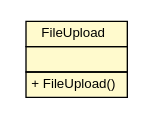
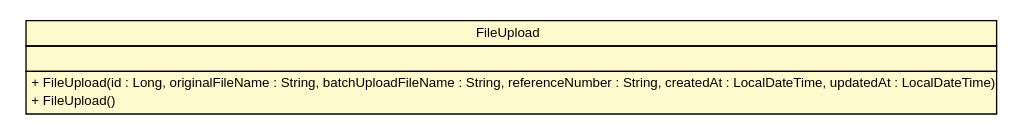
Before and after one commit to kunleawotunbo/exb_fileservice: the diagram in spring-fileservice-demo-project/server/target/apidocs/de/exb/platform/cloud/fileservice/model/FileUpload.dot, drawn with Graphviz. The commit also changed 97 other files, not shown here.

```diff
--- a/spring-fileservice-demo-project/server/target/apidocs/de/exb/platform/cloud/fileservice/model/FileUpload.dot
+++ b/spring-fileservice-demo-project/server/target/apidocs/de/exb/platform/cloud/fileservice/model/FileUpload.dot
@@ -1,24 +1,25 @@
 #!/usr/local/bin/dot
 #
 # Class diagram 
 # Generated by UMLGraph version R5_6 (http://www.umlgraph.org/)
 #
 
 digraph G {
 	edge [fontname="arial",fontsize=10,labelfontname="arial",labelfontsize=10];
 	node [fontname="arial",fontsize=10,shape=plaintext];
 	nodesep=0.25;
 	ranksep=0.5;
 	// de.exb.platform.cloud.fileservice.model.FileUpload
 	c280 [label=<<table title="de.exb.platform.cloud.fileservice.model.FileUpload" border="0" cellborder="1" cellspacing="0" cellpadding="2" port="p" bgcolor="lemonChiffon" href="./FileUpload.html">
 		<tr><td><table border="0" cellspacing="0" cellpadding="1">
 <tr><td align="center" balign="center"> FileUpload </td></tr>
 		</table></td></tr>
 		<tr><td><table border="0" cellspacing="0" cellpadding="1">
 <tr><td align="left" balign="left">  </td></tr>
 		</table></td></tr>
 		<tr><td><table border="0" cellspacing="0" cellpadding="1">
+<tr><td align="left" balign="left"> + FileUpload(id : Long, originalFileName : String, batchUploadFileName : String, referenceNumber : String, createdAt : LocalDateTime, updatedAt : LocalDateTime) </td></tr>
 <tr><td align="left" balign="left"> + FileUpload() </td></tr>
 		</table></td></tr>
 		</table>>, URL="./FileUpload.html", fontname="arial", fontcolor="black", fontsize=10.0];
 }
```
